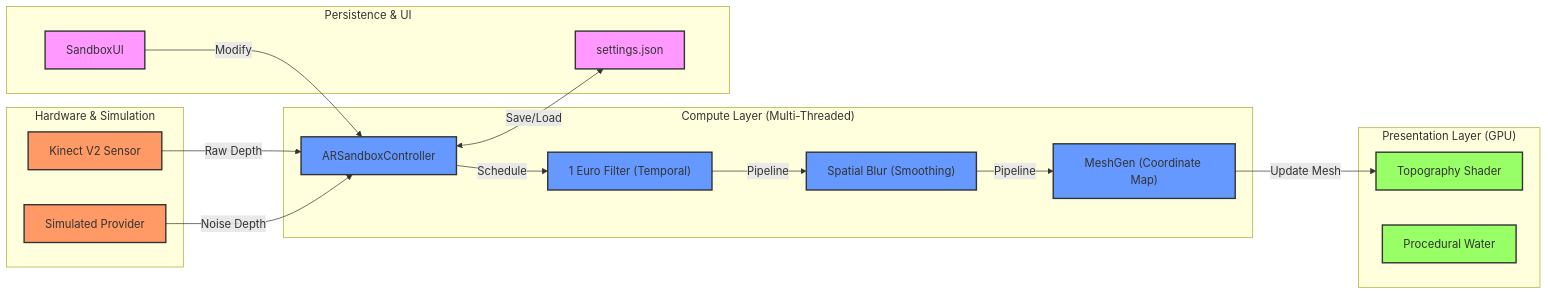
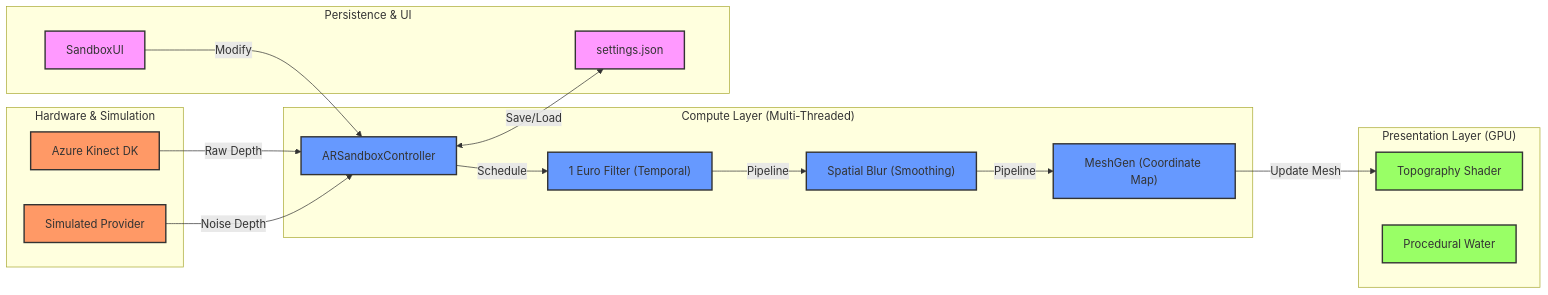
Before and after one commit to asiriji-lab/ARsandbox-Kiosk: the diagram in Docs/Technical/Architecture_Overview.md, drawn with Mermaid. The commit also changed 102 other files, not shown here.

````diff
--- a/Docs/Technical/Architecture_Overview.md
+++ b/Docs/Technical/Architecture_Overview.md
@@ -13,39 +13,39 @@
 ```mermaid
 graph LR
     %% Styles
     classDef hardware fill:#f96,stroke:#333,stroke-width:2px;
     classDef compute fill:#69f,stroke:#333,stroke-width:2px;
     classDef render fill:#9f6,stroke:#333,stroke-width:2px;
     classDef state fill:#f9f,stroke:#333,stroke-width:2px;
 
     subgraph Hardware_Context ["Hardware & Simulation"]
-        A["Kinect V2 Sensor"]:::hardware
+        A["Azure Kinect DK"]:::hardware
         B["Simulated Provider"]:::hardware
     end
 
     subgraph Compute_Layer ["Compute Layer (Multi-Threaded)"]
         C["ARSandboxController"]:::compute
         D["1 Euro Filter (Temporal)"]:::compute
         E["Spatial Blur (Smoothing)"]:::compute
         F["MeshGen (Coordinate Map)"]:::compute
     end
 
     subgraph Presentation_Layer ["Presentation Layer (GPU)"]
         G["Topography Shader"]:::render
         H["Procedural Water"]:::render
     end
 
     subgraph Persistence ["Persistence & UI"]
         I["SandboxUI"]:::state
         J["settings.json"]:::state
     end
 
     A -->|"Raw Depth"| C
     B -->|"Noise Depth"| C
     C -->|"Schedule"| D
     D -->|"Pipeline"| E
     E -->|"Pipeline"| F
     F -->|"Update Mesh"| G
     I -->|"Modify"| C
     C <-->|"Save/Load"| J
 ```
````
